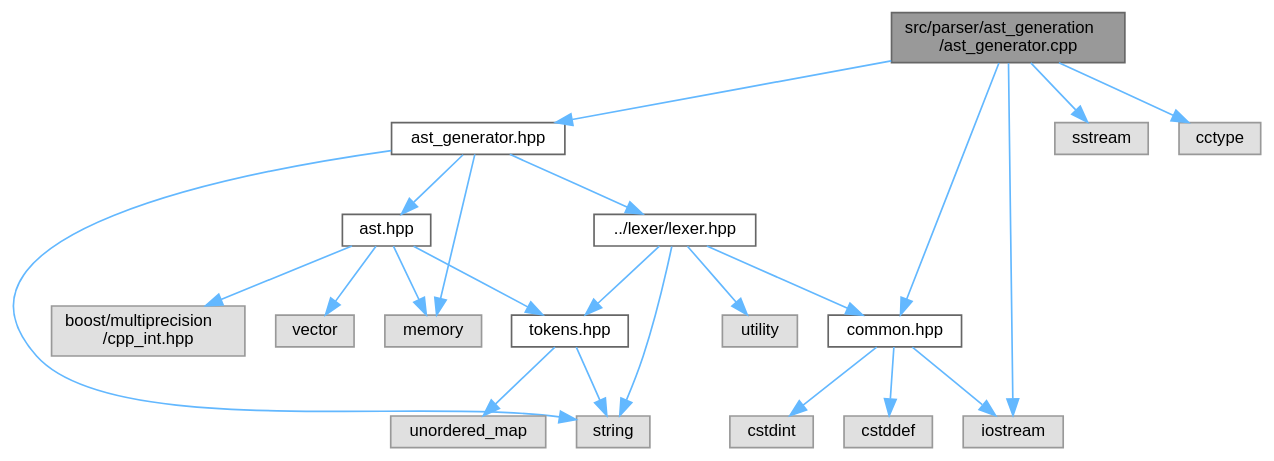
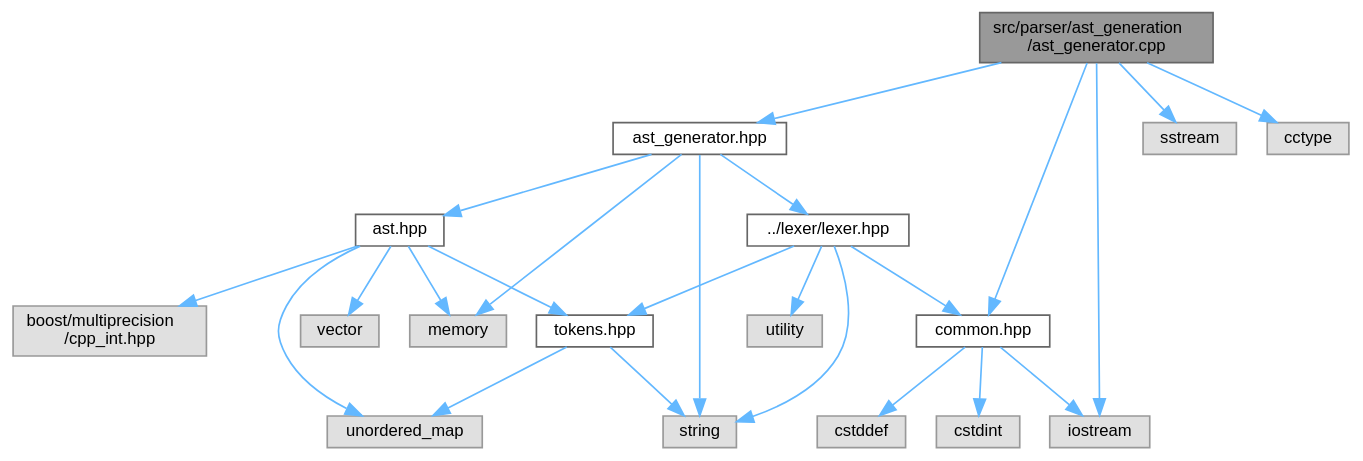
The diagram in pebbl/docs/ast__generator_8cpp__incl.dot (kejunp/kejunp.github.io), drawn with Graphviz before and after one commit. The commit also changed 30 other files, not shown here.

```diff
--- a/pebbl/docs/ast__generator_8cpp__incl.dot
+++ b/pebbl/docs/ast__generator_8cpp__incl.dot
@@ -1,46 +1,47 @@
 digraph "src/parser/ast_generation/ast_generator.cpp"
 {
  // LATEX_PDF_SIZE
   bgcolor="transparent";
   edge [fontname=Helvetica,fontsize=10,labelfontname=Helvetica,labelfontsize=10];
   node [fontname=Helvetica,fontsize=10,shape=box,height=0.2,width=0.4];
   Node1 [id="Node000001",label="src/parser/ast_generation\l/ast_generator.cpp",height=0.2,width=0.4,color="gray40", fillcolor="grey60", style="filled", fontcolor="black",tooltip=" "];
   Node1 -> Node2 [id="edge1_Node000001_Node000002",color="steelblue1",style="solid",tooltip=" "];
   Node2 [id="Node000002",label="ast_generator.hpp",height=0.2,width=0.4,color="grey40", fillcolor="white", style="filled",URL="$ast__generator_8hpp.html",tooltip=" "];
   Node2 -> Node3 [id="edge2_Node000002_Node000003",color="steelblue1",style="solid",tooltip=" "];
   Node3 [id="Node000003",label="memory",height=0.2,width=0.4,color="grey60", fillcolor="#E0E0E0", style="filled",tooltip=" "];
   Node2 -> Node4 [id="edge3_Node000002_Node000004",color="steelblue1",style="solid",tooltip=" "];
   Node4 [id="Node000004",label="string",height=0.2,width=0.4,color="grey60", fillcolor="#E0E0E0", style="filled",tooltip=" "];
   Node2 -> Node5 [id="edge4_Node000002_Node000005",color="steelblue1",style="solid",tooltip=" "];
   Node5 [id="Node000005",label="../lexer/lexer.hpp",height=0.2,width=0.4,color="grey40", fillcolor="white", style="filled",URL="$lexer_8hpp.html",tooltip=" "];
   Node5 -> Node4 [id="edge5_Node000005_Node000004",color="steelblue1",style="solid",tooltip=" "];
   Node5 -> Node6 [id="edge6_Node000005_Node000006",color="steelblue1",style="solid",tooltip=" "];
   Node6 [id="Node000006",label="utility",height=0.2,width=0.4,color="grey60", fillcolor="#E0E0E0", style="filled",tooltip=" "];
   Node5 -> Node7 [id="edge7_Node000005_Node000007",color="steelblue1",style="solid",tooltip=" "];
   Node7 [id="Node000007",label="common.hpp",height=0.2,width=0.4,color="grey40", fillcolor="white", style="filled",URL="$common_8hpp.html",tooltip=" "];
   Node7 -> Node8 [id="edge8_Node000007_Node000008",color="steelblue1",style="solid",tooltip=" "];
   Node8 [id="Node000008",label="cstddef",height=0.2,width=0.4,color="grey60", fillcolor="#E0E0E0", style="filled",tooltip=" "];
   Node7 -> Node9 [id="edge9_Node000007_Node000009",color="steelblue1",style="solid",tooltip=" "];
   Node9 [id="Node000009",label="cstdint",height=0.2,width=0.4,color="grey60", fillcolor="#E0E0E0", style="filled",tooltip=" "];
   Node7 -> Node10 [id="edge10_Node000007_Node000010",color="steelblue1",style="solid",tooltip=" "];
   Node10 [id="Node000010",label="iostream",height=0.2,width=0.4,color="grey60", fillcolor="#E0E0E0", style="filled",tooltip=" "];
   Node5 -> Node11 [id="edge11_Node000005_Node000011",color="steelblue1",style="solid",tooltip=" "];
   Node11 [id="Node000011",label="tokens.hpp",height=0.2,width=0.4,color="grey40", fillcolor="white", style="filled",URL="$tokens_8hpp.html",tooltip=" "];
   Node11 -> Node4 [id="edge12_Node000011_Node000004",color="steelblue1",style="solid",tooltip=" "];
   Node11 -> Node12 [id="edge13_Node000011_Node000012",color="steelblue1",style="solid",tooltip=" "];
   Node12 [id="Node000012",label="unordered_map",height=0.2,width=0.4,color="grey60", fillcolor="#E0E0E0", style="filled",tooltip=" "];
   Node2 -> Node13 [id="edge14_Node000002_Node000013",color="steelblue1",style="solid",tooltip=" "];
   Node13 [id="Node000013",label="ast.hpp",height=0.2,width=0.4,color="grey40", fillcolor="white", style="filled",URL="$ast_8hpp.html",tooltip=" "];
   Node13 -> Node14 [id="edge15_Node000013_Node000014",color="steelblue1",style="solid",tooltip=" "];
   Node14 [id="Node000014",label="boost/multiprecision\l/cpp_int.hpp",height=0.2,width=0.4,color="grey60", fillcolor="#E0E0E0", style="filled",tooltip=" "];
   Node13 -> Node3 [id="edge16_Node000013_Node000003",color="steelblue1",style="solid",tooltip=" "];
   Node13 -> Node15 [id="edge17_Node000013_Node000015",color="steelblue1",style="solid",tooltip=" "];
   Node15 [id="Node000015",label="vector",height=0.2,width=0.4,color="grey60", fillcolor="#E0E0E0", style="filled",tooltip=" "];
-  Node13 -> Node11 [id="edge18_Node000013_Node000011",color="steelblue1",style="solid",tooltip=" "];
-  Node1 -> Node10 [id="edge19_Node000001_Node000010",color="steelblue1",style="solid",tooltip=" "];
-  Node1 -> Node16 [id="edge20_Node000001_Node000016",color="steelblue1",style="solid",tooltip=" "];
+  Node13 -> Node12 [id="edge18_Node000013_Node000012",color="steelblue1",style="solid",tooltip=" "];
+  Node13 -> Node11 [id="edge19_Node000013_Node000011",color="steelblue1",style="solid",tooltip=" "];
+  Node1 -> Node10 [id="edge20_Node000001_Node000010",color="steelblue1",style="solid",tooltip=" "];
+  Node1 -> Node16 [id="edge21_Node000001_Node000016",color="steelblue1",style="solid",tooltip=" "];
   Node16 [id="Node000016",label="sstream",height=0.2,width=0.4,color="grey60", fillcolor="#E0E0E0", style="filled",tooltip=" "];
-  Node1 -> Node17 [id="edge21_Node000001_Node000017",color="steelblue1",style="solid",tooltip=" "];
+  Node1 -> Node17 [id="edge22_Node000001_Node000017",color="steelblue1",style="solid",tooltip=" "];
   Node17 [id="Node000017",label="cctype",height=0.2,width=0.4,color="grey60", fillcolor="#E0E0E0", style="filled",tooltip=" "];
-  Node1 -> Node7 [id="edge22_Node000001_Node000007",color="steelblue1",style="solid",tooltip=" "];
+  Node1 -> Node7 [id="edge23_Node000001_Node000007",color="steelblue1",style="solid",tooltip=" "];
 }
```
